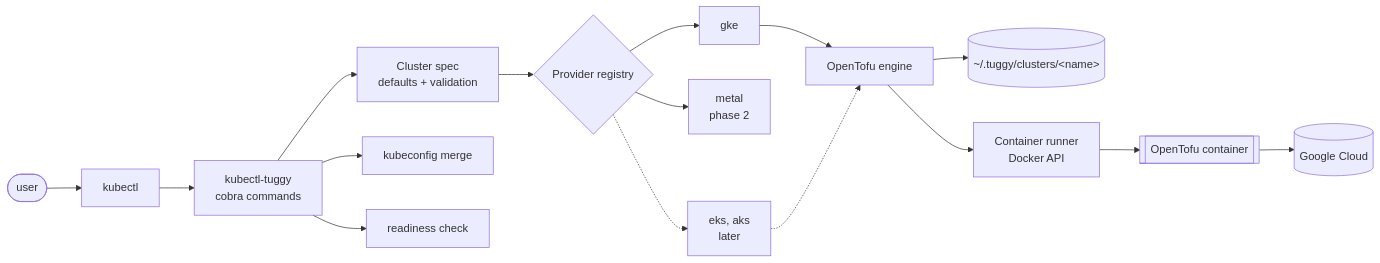
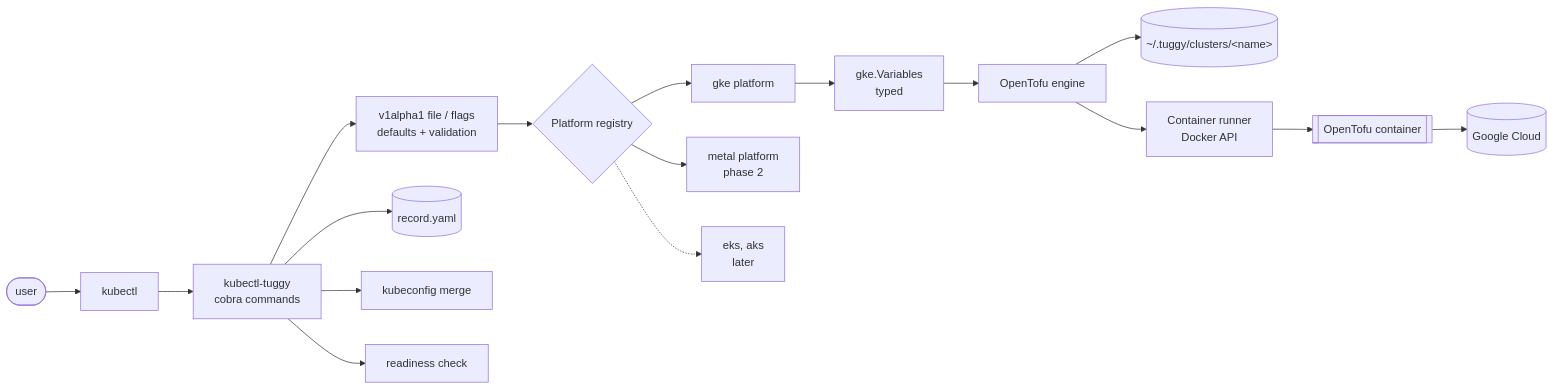
The first of 2 diagrams in docs/design/0001-architecture.md (tuggy-dev/kubectl-tuggy), drawn with Mermaid before and after one commit. The commit also changed other lines of this file and 3 other files, not shown here.

First line of the commit message:
Update design: platforms, typed variables, slim record

````diff
--- a/docs/design/0001-architecture.md
+++ b/docs/design/0001-architecture.md
@@ -147,17 +159,18 @@
 ```mermaid
 flowchart LR
   user([user]) --> kubectl --> cli[kubectl-tuggy<br/>cobra commands]
-  cli --> spec[Cluster spec<br/>defaults + validation]
-  spec --> prov{Provider registry}
-  prov --> gke[gke]
-  prov --> metal[metal<br/>phase 2]
-  prov -.-> later[eks, aks<br/>later]
-  gke --> engine[OpenTofu engine]
-  later -.-> engine
+  cli --> spec[v1alpha1 file / flags<br/>defaults + validation]
+  spec --> reg{Platform registry}
+  reg --> gke[gke platform]
+  reg --> metal[metal platform<br/>phase 2]
+  reg -.-> later[eks, aks<br/>later]
+  gke --> vars[gke.Variables<br/>typed]
+  vars --> engine[OpenTofu engine]
   engine --> ws[(~/.tuggy/clusters/&lt;name&gt;)]
   engine --> runner[Container runner<br/>Docker API]
   runner --> tofu[[OpenTofu container]]
   tofu --> cloud[(Google Cloud)]
+  cli --> store[(record.yaml)]
   cli --> kc[kubeconfig merge]
   cli --> verify[readiness check]
 ```
````
